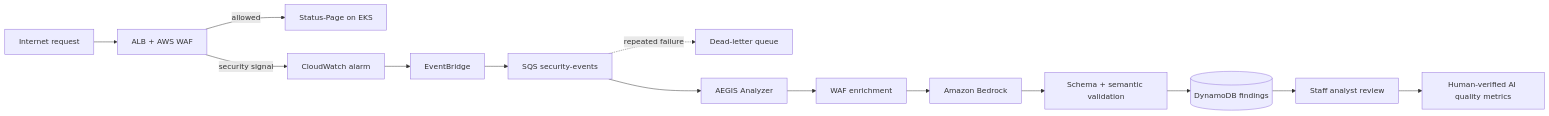
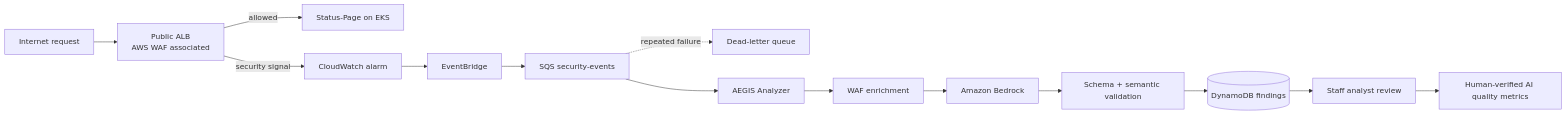
One commit to EthicalNayro/AEGIS changed the first of 2 diagrams in README.md. Above: the diagram before and after it, drawn with Mermaid. The commit also changed other lines of this file, not shown here.

Commit message:
docs: polish final portfolio narrative and architecture

````diff
--- a/README.md
+++ b/README.md
@@ -75,16 +78,16 @@
 ```mermaid
 flowchart LR
-    A[Internet request] --> B[ALB + AWS WAF]
+    A[Internet request] --> B[Public ALB<br/>AWS WAF associated]
     B -->|allowed| C[Status-Page on EKS]
     B -->|security signal| D[CloudWatch alarm]
     D --> E[EventBridge]
     E --> F[SQS security-events]
     F -. repeated failure .-> G[Dead-letter queue]
     F --> H[AEGIS Analyzer]
     H --> I[WAF enrichment]
     I --> J[Amazon Bedrock]
     J --> K[Schema + semantic validation]
     K --> L[(DynamoDB findings)]
     L --> M[Staff analyst review]
     M --> N[Human-verified AI quality metrics]
 ```
````
